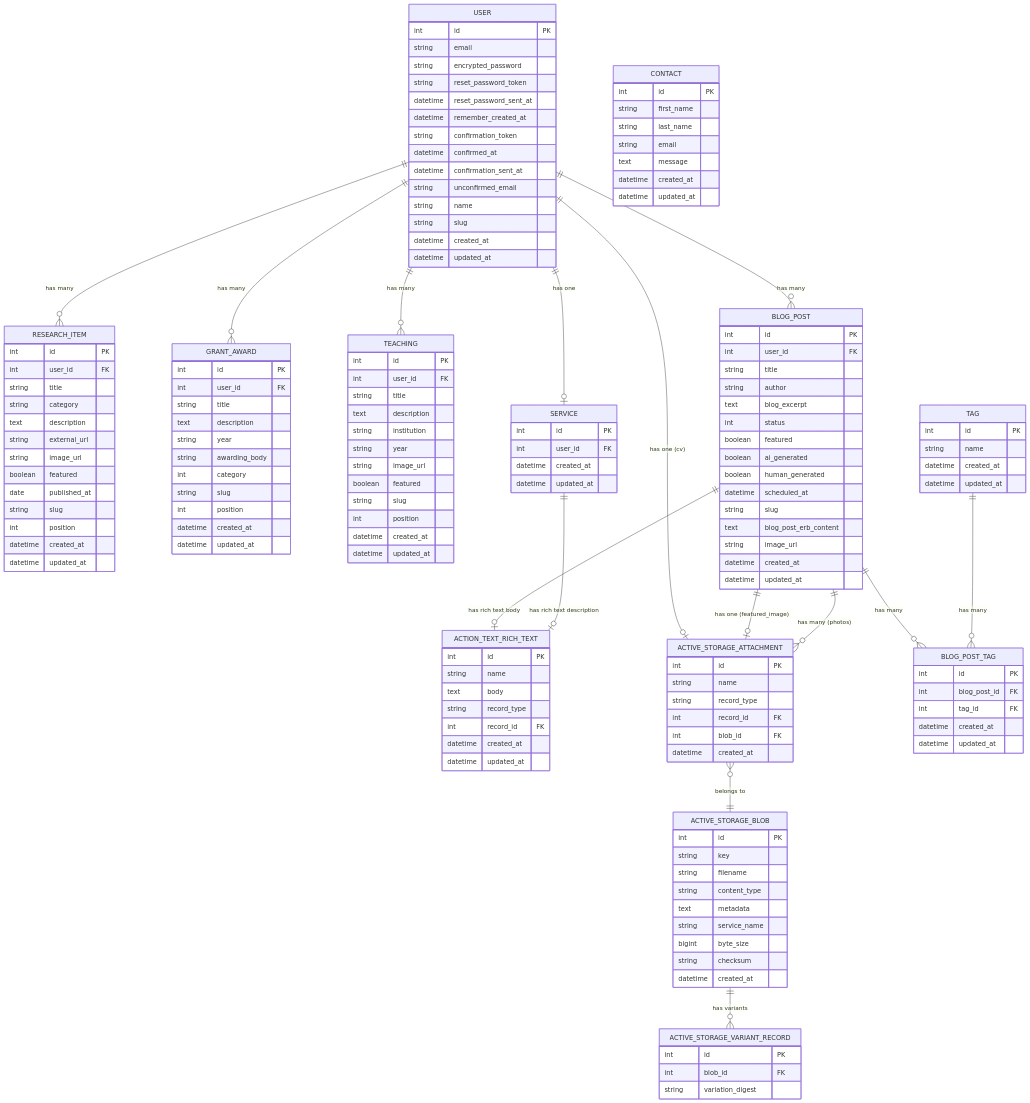
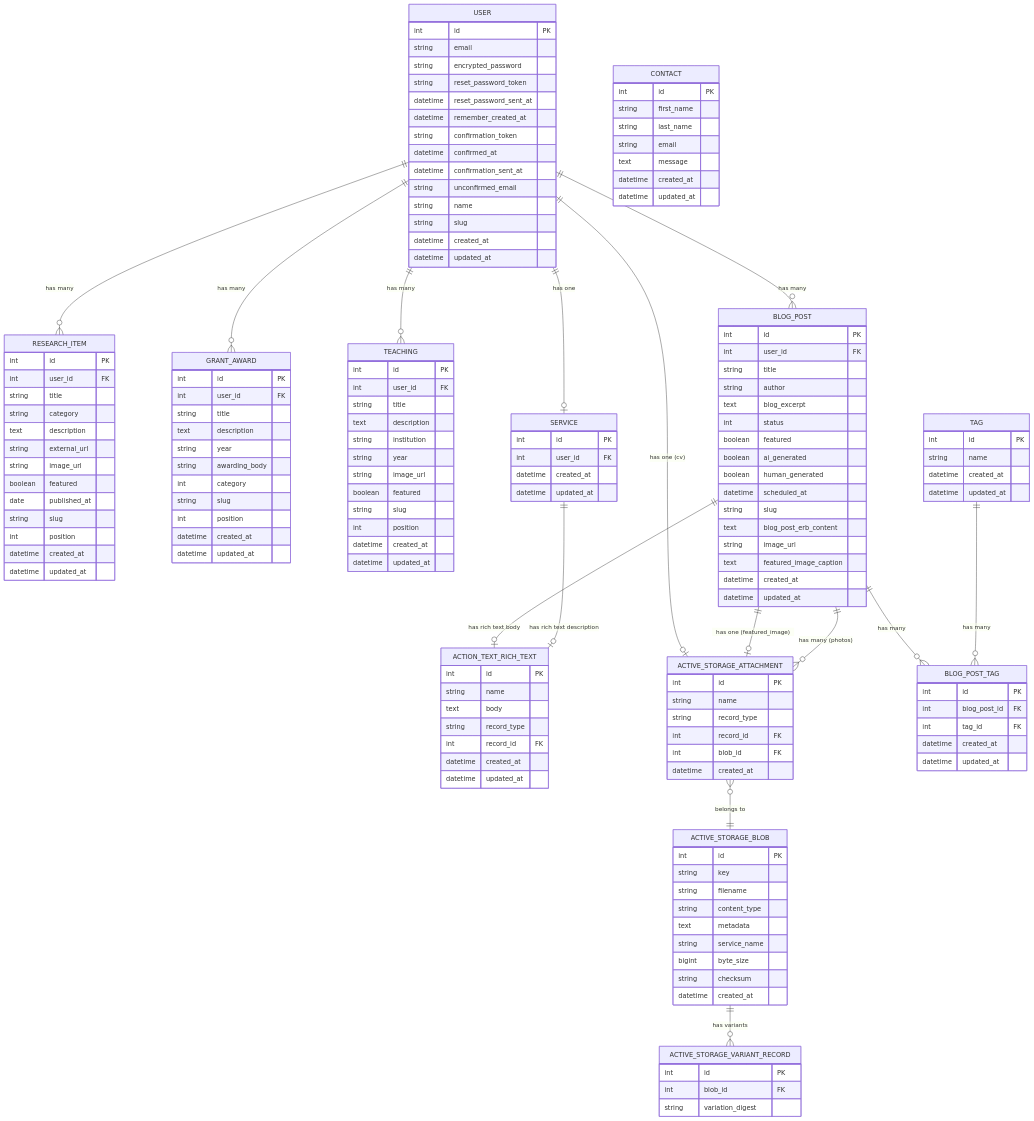
The diagram in docs/ERD.md (louiskb/isarak-portfolio), drawn with Mermaid before and after one commit. The commit also changed other lines of this file and 12 other files, not shown here.

```diff
--- a/docs/ERD.md
+++ b/docs/ERD.md
@@ -78,6 +78,7 @@
         string slug
         text blog_post_erb_content
         string image_url
+        text featured_image_caption
         datetime created_at
         datetime updated_at
     }
```
